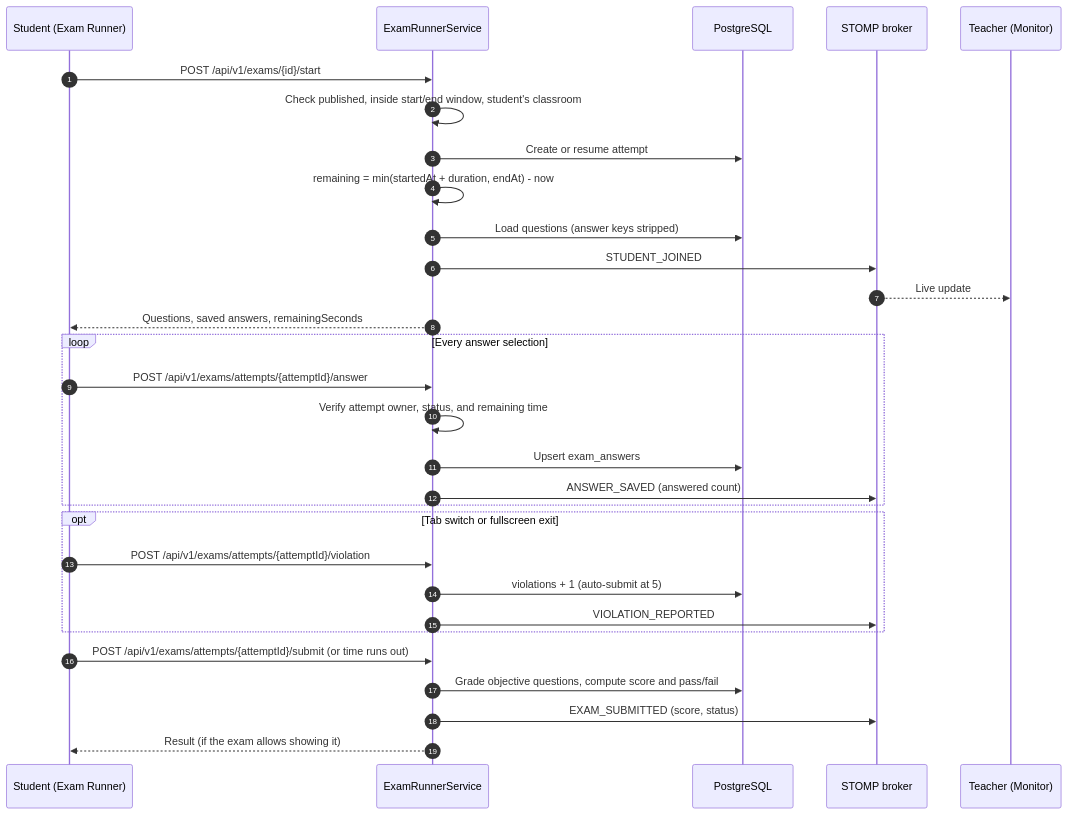
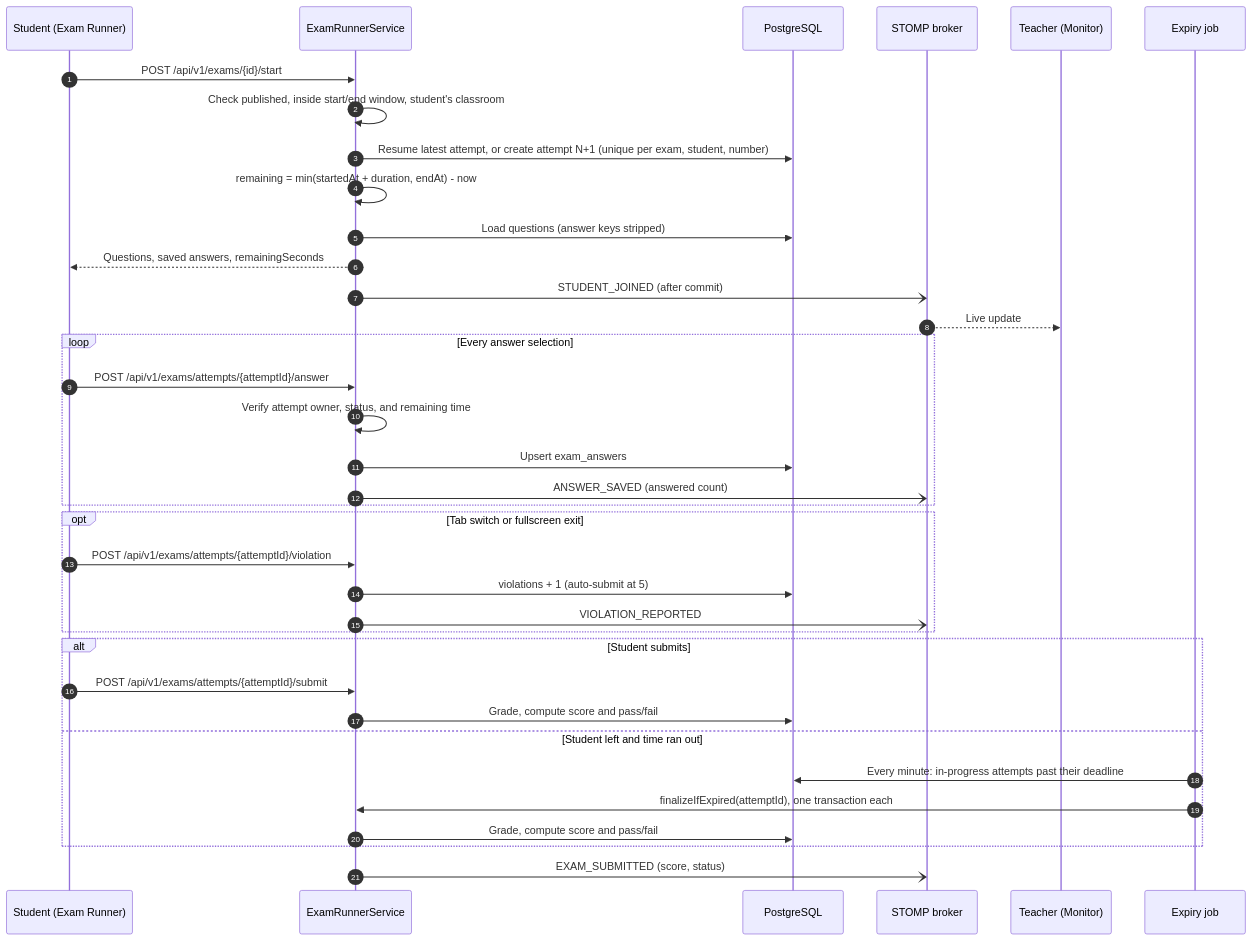
Before and after one commit to mfarim/spring-elearning-react: the fourth of 5 diagrams in docs/ARCHITECTURE.md, drawn with Mermaid. The commit also changed other lines of this file and 5 other files, not shown here.

Commit message:
docs: document scaling roadmap implementations and add JaCoCo test coverage in CI

````diff
--- a/docs/ARCHITECTURE.md
+++ b/docs/ARCHITECTURE.md
@@ -196,36 +199,42 @@
 ```mermaid
 sequenceDiagram
     autonumber
     participant S as Student (Exam Runner)
     participant API as ExamRunnerService
     participant DB as PostgreSQL
     participant WS as STOMP broker
     participant T as Teacher (Monitor)
+    participant J as Expiry job
 
     S->>API: POST /api/v1/exams/{id}/start
     API->>API: Check published, inside start/end window, student's classroom
-    API->>DB: Create or resume attempt
+    API->>DB: Resume latest attempt, or create attempt N+1 (unique per exam, student, number)
     API->>API: remaining = min(startedAt + duration, endAt) - now
     API->>DB: Load questions (answer keys stripped)
-    API->>WS: STUDENT_JOINED
+    API-->>S: Questions, saved answers, remainingSeconds
+    API-)WS: STUDENT_JOINED (after commit)
     WS-->>T: Live update
-    API-->>S: Questions, saved answers, remainingSeconds
 
     loop Every answer selection
         S->>API: POST /api/v1/exams/attempts/{attemptId}/answer
         API->>API: Verify attempt owner, status, and remaining time
         API->>DB: Upsert exam_answers
-        API->>WS: ANSWER_SAVED (answered count)
+        API-)WS: ANSWER_SAVED (answered count)
     end
 
     opt Tab switch or fullscreen exit
         S->>API: POST /api/v1/exams/attempts/{attemptId}/violation
         API->>DB: violations + 1 (auto-submit at 5)
-        API->>WS: VIOLATION_REPORTED
+        API-)WS: VIOLATION_REPORTED
     end
 
-    S->>API: POST /api/v1/exams/attempts/{attemptId}/submit (or time runs out)
-    API->>DB: Grade objective questions, compute score and pass/fail
-    API->>WS: EXAM_SUBMITTED (score, status)
-    API-->>S: Result (if the exam allows showing it)
+    alt Student submits
+        S->>API: POST /api/v1/exams/attempts/{attemptId}/submit
+        API->>DB: Grade, compute score and pass/fail
+    else Student left and time ran out
+        J->>DB: Every minute: in-progress attempts past their deadline
+        J->>API: finalizeIfExpired(attemptId), one transaction each
+        API->>DB: Grade, compute score and pass/fail
+    end
+    API-)WS: EXAM_SUBMITTED (score, status)
 ```
````
